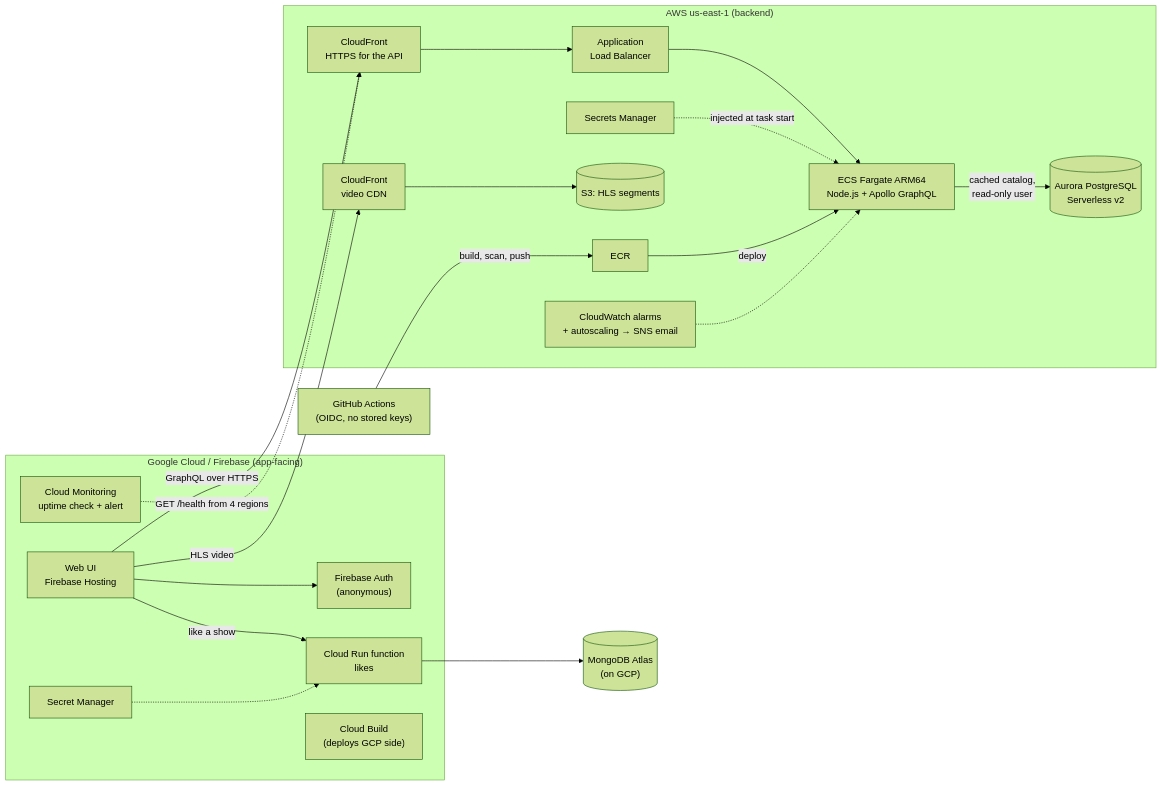
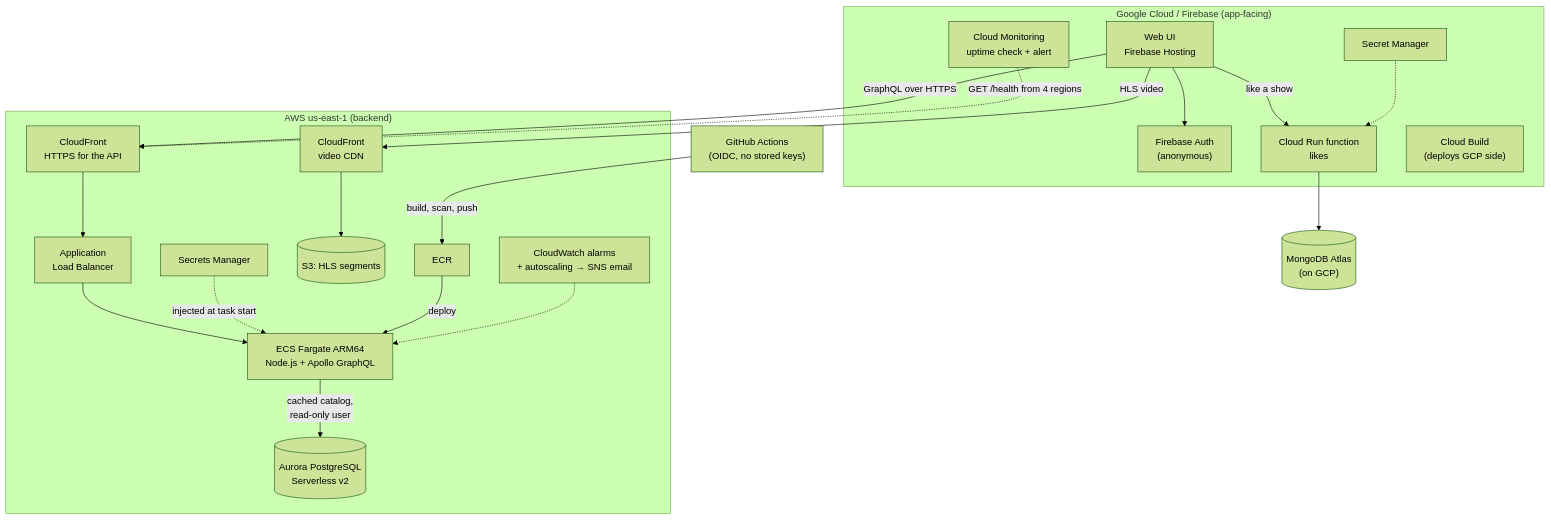
One commit to ideaguy3d/station_stream changed the diagram in README.md. Above: the diagram before and after it, drawn with Mermaid (forest theme).

Commit message:
README: vertical architecture diagram

````diff
--- a/README.md
+++ b/README.md
@@ -13,35 +13,35 @@
 ```mermaid
-flowchart LR
+flowchart TB
     subgraph GCP["Google Cloud / Firebase (app-facing)"]
         Web["Web UI<br/>Firebase Hosting"]
         Auth["Firebase Auth<br/>(anonymous)"]
         Fn["Cloud Run function<br/>likes"]
         SM["Secret Manager"]
         CB["Cloud Build<br/>(deploys GCP side)"]
         Up["Cloud Monitoring<br/>uptime check + alert"]
     end
     Atlas[("MongoDB Atlas<br/>(on GCP)")]
 
     subgraph AWS["AWS us-east-1 (backend)"]
         CFapi["CloudFront<br/>HTTPS for the API"]
         ALB["Application<br/>Load Balancer"]
         ECS["ECS Fargate ARM64<br/>Node.js + Apollo GraphQL"]
         Aurora[("Aurora PostgreSQL<br/>Serverless v2")]
         Sec["Secrets Manager"]
         CFvid["CloudFront<br/>video CDN"]
         S3[("S3: HLS segments")]
         CW["CloudWatch alarms<br/>+ autoscaling → SNS email"]
         ECR["ECR"]
     end
     GHA["GitHub Actions<br/>(OIDC, no stored keys)"]
 
     Web -->|"GraphQL over HTTPS"| CFapi --> ALB --> ECS -->|"cached catalog,<br/>read-only user"| Aurora
     Sec -.->|"injected at task start"| ECS
     Web -->|"HLS video"| CFvid --> S3
     Web --> Auth
     Web -->|"like a show"| Fn --> Atlas
     SM -.-> Fn
     Up -.->|"GET /health from 4 regions"| CFapi
     GHA -->|"build, scan, push"| ECR -->|"deploy"| ECS
     CW -.-> ECS
 ```
````
